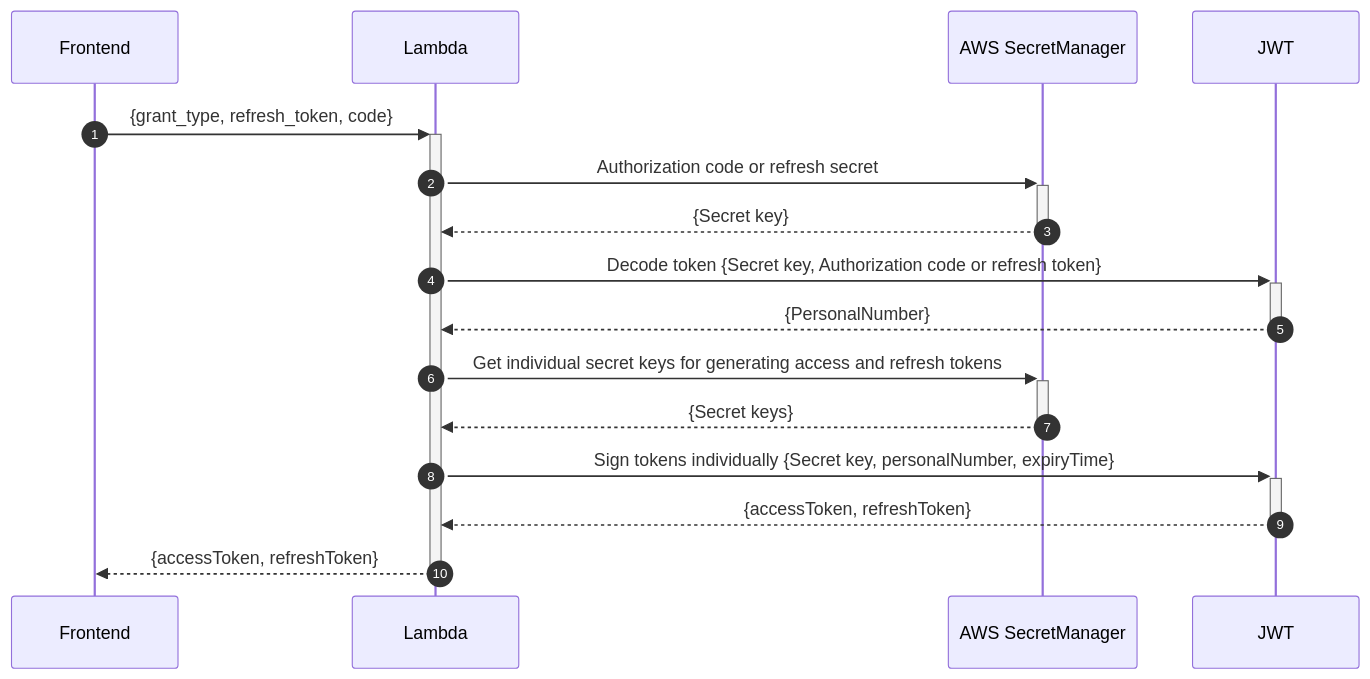
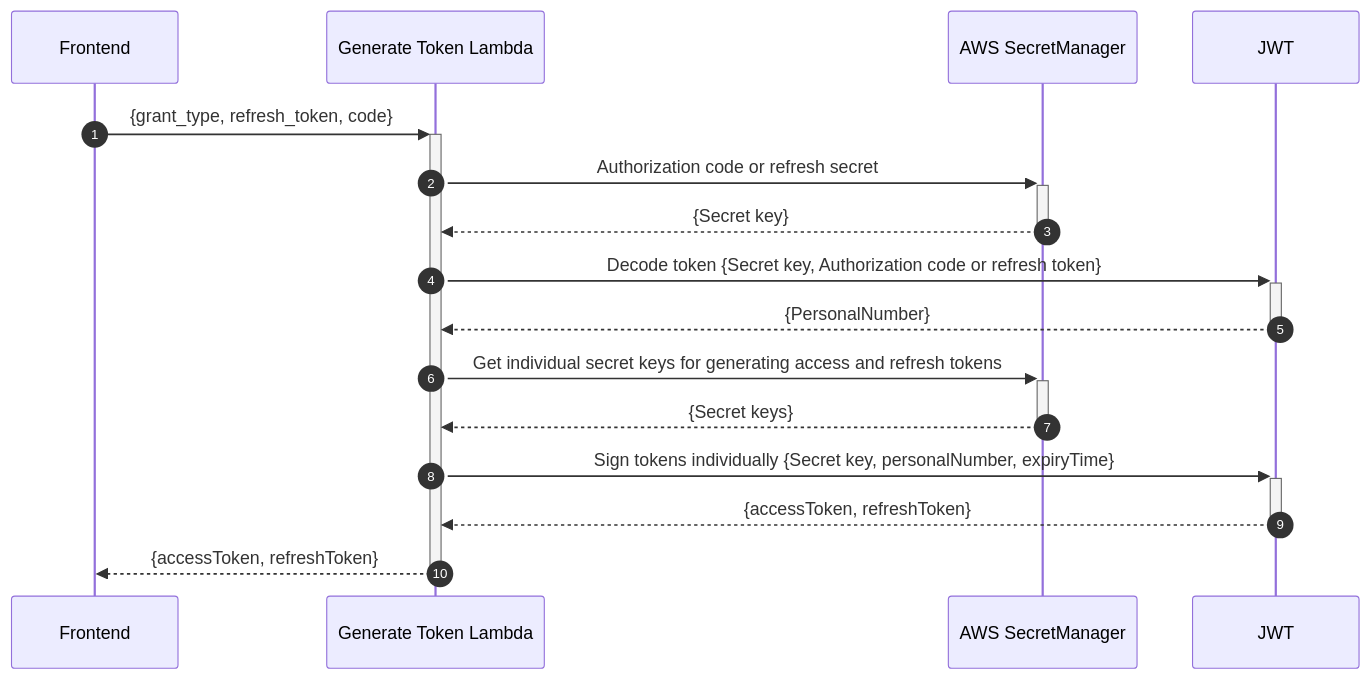
Before and after one commit to helsingborg-stad/helsingborg-io-sls-api: the second of 2 diagrams in services/auth/token/README.md, drawn with Mermaid.

Commit message:
fix: rename lambda

````diff
--- a/services/auth/token/README.md
+++ b/services/auth/token/README.md
@@ -76,20 +76,20 @@
 ```mermaid
 sequenceDiagram
     autonumber
     participant Frontend
-    participant Lambda
+    participant Lambda as Generate Token Lambda
     participant Secrets as AWS SecretManager
     participant JWT
 
     Frontend->>+Lambda: {grant_type, refresh_token, code}
     Lambda->>+Secrets: Authorization code or refresh secret
     Secrets-->>-Lambda: {Secret key}
     Lambda->>+JWT: Decode token {Secret key, Authorization code or refresh token}
     JWT-->>-Lambda: {PersonalNumber}
     Lambda->>+Secrets: Get individual secret keys for generating access and refresh tokens
       Secrets-->>-Lambda: {Secret keys}
     Lambda->>+JWT: Sign tokens individually {Secret key, personalNumber, expiryTime}
     JWT-->>-Lambda: {accessToken, refreshToken}
     Lambda-->>-Frontend: {accessToken, refreshToken}
 
 ```
````
